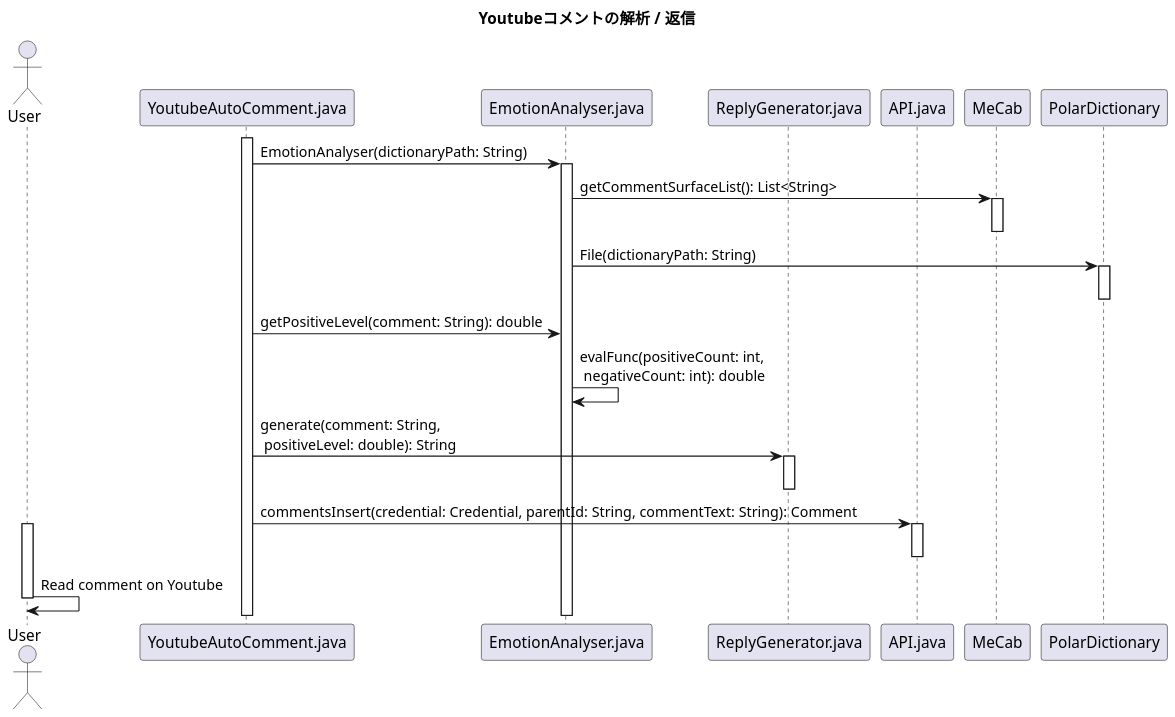
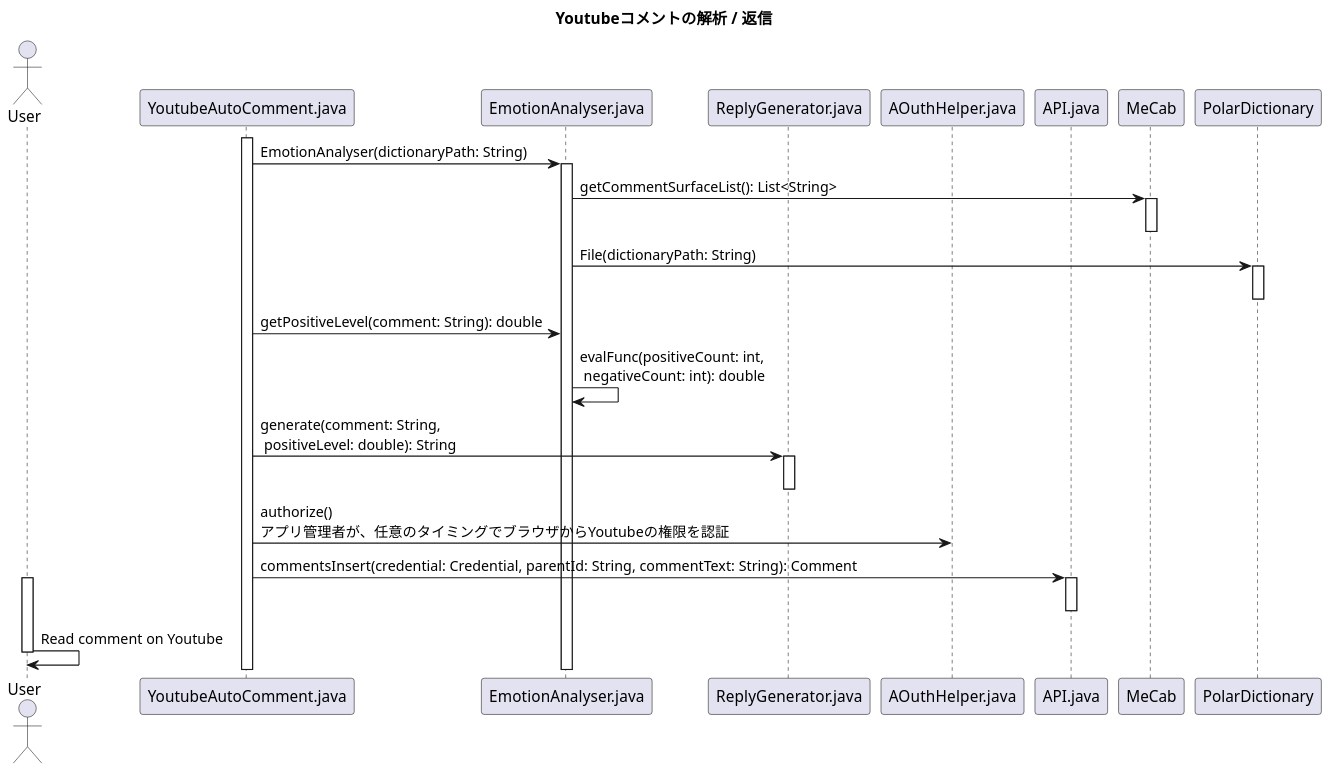
Before and after one commit to KataokaNagi/YoutubeAutoComment: the diagram in uml/YoutubeAutoComment_SequenceDiagram_CommentAnalyser.pu, drawn with PlantUML.

Commit message:
sequence diagram: Add AOuthHelper.java

```diff
--- a/uml/YoutubeAutoComment_SequenceDiagram_CommentAnalyser.pu
+++ b/uml/YoutubeAutoComment_SequenceDiagram_CommentAnalyser.pu
@@ -13,64 +13,69 @@
 @startuml out/SequenceDiagram_CommentAnalyser.png
 scale 1.5
 skinparam DefaultFontName メイリオ
 ' 可視性の変更
 skinparam classAttributeIconSize 0
 
 ''''''''''''''''''''''''''''''''''''''''''''''''''
 
 title
 **Youtubeコメントの解析 / 返信**
 end title
 
 ''''''''''''''''''''''''''''''''''''''''''''''''''''''''''''''''''''''''''''''''
 
 actor User
 participant YoutubeAutoComment.java
 participant EmotionAnalyser.java
 participant ReplyGenerator.java
+participant AOuthHelper.java
 participant API.java
 participant MeCab
 participant PolarDictionary
 
 ''''''''''''''''''''''''''''''''''''''''''''''''''''''''''''''''''''''''''''''''
 activate YoutubeAutoComment.java
 YoutubeAutoComment.java -> EmotionAnalyser.java: EmotionAnalyser(dictionaryPath: String)
 activate EmotionAnalyser.java
 
 ''''''''''''''''''''''''''''''''''''''''''''''''''
 
 EmotionAnalyser.java -> MeCab: getCommentSurfaceList(): List<String> 
 ' EmotionAnalyser.java -> MeCab: exec(String: mecabCommand): Process
 activate MeCab
 deactivate MeCab
 
 ''''''''''''''''''''''''''''''''''''''''''''''''''
 
 EmotionAnalyser.java -> PolarDictionary: File(dictionaryPath: String)
 activate PolarDictionary
 deactivate PolarDictionary
 
 ''''''''''''''''''''''''''''''''''''''''''''''''''
 
 YoutubeAutoComment.java -> EmotionAnalyser.java: getPositiveLevel(comment: String): double
 EmotionAnalyser.java -> EmotionAnalyser.java: evalFunc(positiveCount: int,\n negativeCount: int): double
 
 ''''''''''''''''''''''''''''''''''''''''''''''''''
 
 YoutubeAutoComment.java -> ReplyGenerator.java: generate(comment: String,\n positiveLevel: double): String
 activate ReplyGenerator.java
 deactivate ReplyGenerator.java
 
 ''''''''''''''''''''''''''''''''''''''''''''''''''
 
+YoutubeAutoComment.java -> AOuthHelper.java: authorize()\nアプリ管理者が、任意のタイミングでブラウザからYoutubeの権限を認証
+
+''''''''''''''''''''''''''''''''''''''''''''''''''
+
 YoutubeAutoComment.java -> API.java:  commentsInsert(credential: Credential, parentId: String, commentText: String): Comment
 activate API.java
 deactivate API.java
 
 ''''''''''''''''''''''''''''''''''''''''''''''''''
 
 activate User
 User -> User: Read comment on Youtube
 deactivate User
 
 @enduml
```
